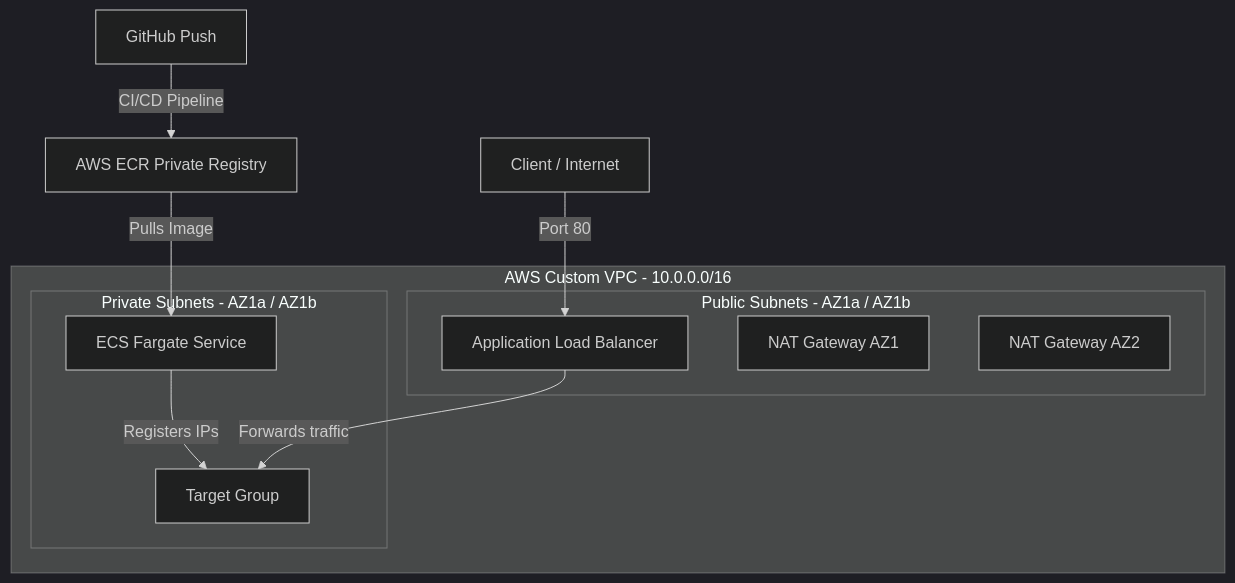
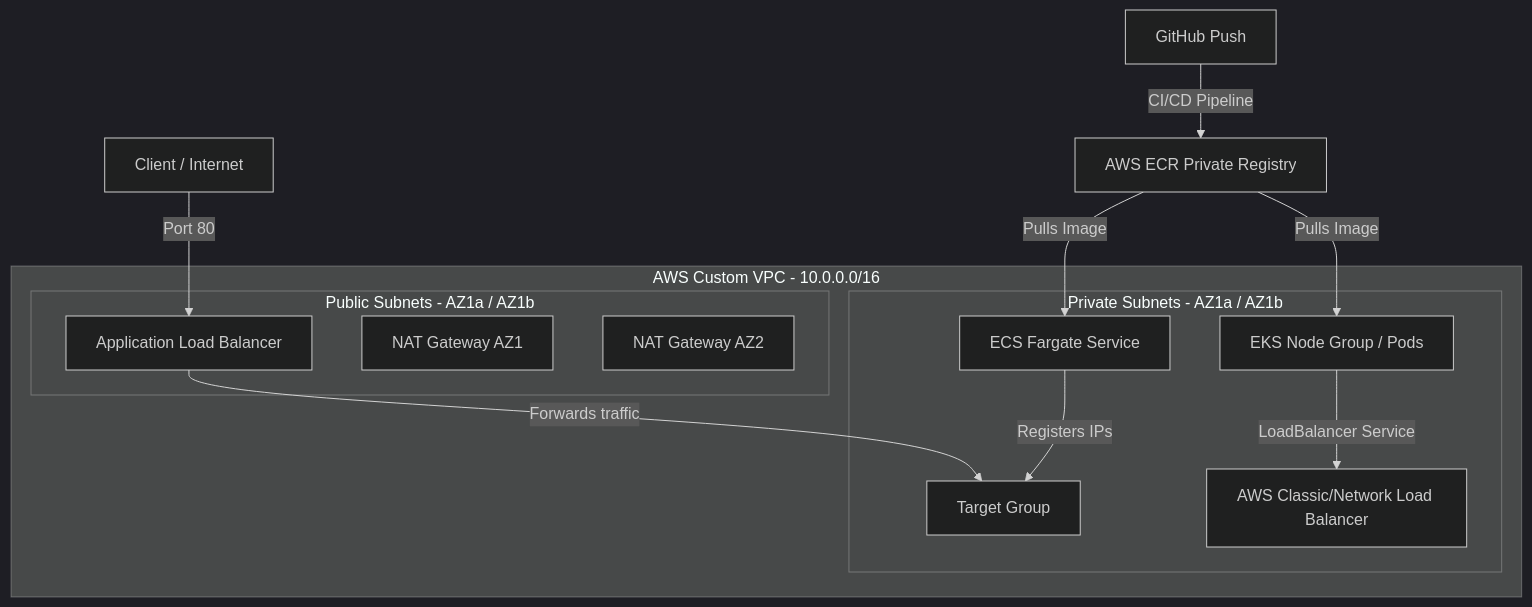
Before and after one commit to robpalacios1/aws-ecs-fargate-cicd: the diagram in README.md, drawn with Mermaid (dark theme). The commit also changed other lines of this file, not shown here.

Commit message:
Update README with new EKS module for Terraform

````diff
--- a/README.md
+++ b/README.md
@@ -11,17 +11,19 @@
 ```mermaid
 graph TD
     Client[Client / Internet] -->|Port 80| ALB[Application Load Balancer]
     subgraph VPC [AWS Custom VPC - 10.0.0.0/16]
         subgraph PublicSubnets [Public Subnets - AZ1a / AZ1b]
             ALB
             NAT1[NAT Gateway AZ1]
             NAT2[NAT Gateway AZ2]
         end
         subgraph PrivateSubnets [Private Subnets - AZ1a / AZ1b]
             ECS[ECS Fargate Service] -->|Registers IPs| TargetGroup[Target Group]
+            EKS[EKS Node Group / Pods] -->|LoadBalancer Service| ELB[AWS Classic/Network Load Balancer]
         end
     end
     ALB -->|Forwards traffic| TargetGroup
     GitHub[GitHub Push] -->|CI/CD Pipeline| ECR[AWS ECR Private Registry]
     ECR -->|Pulls Image| ECS
+    ECR -->|Pulls Image| EKS
 ```
````
